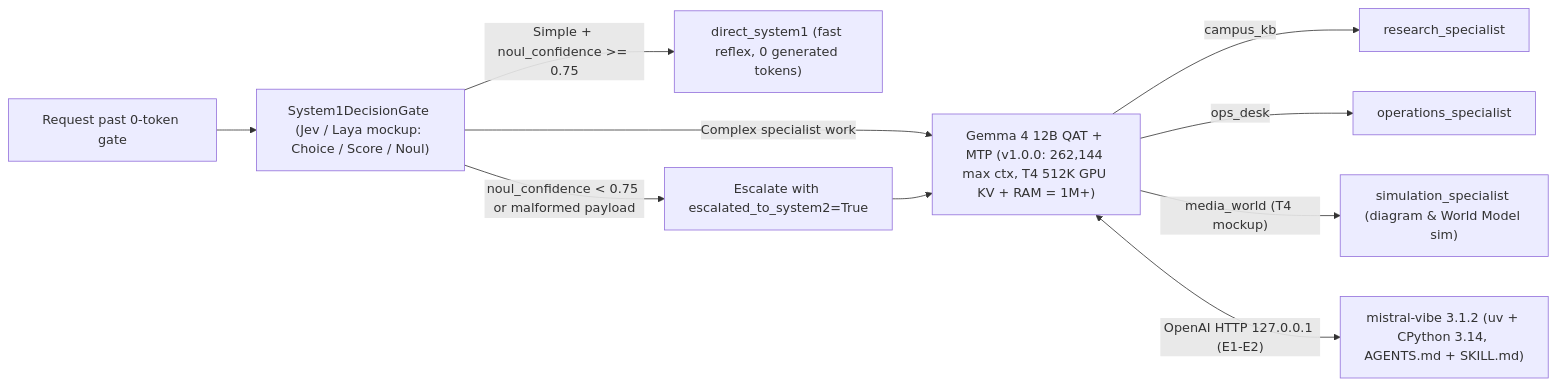
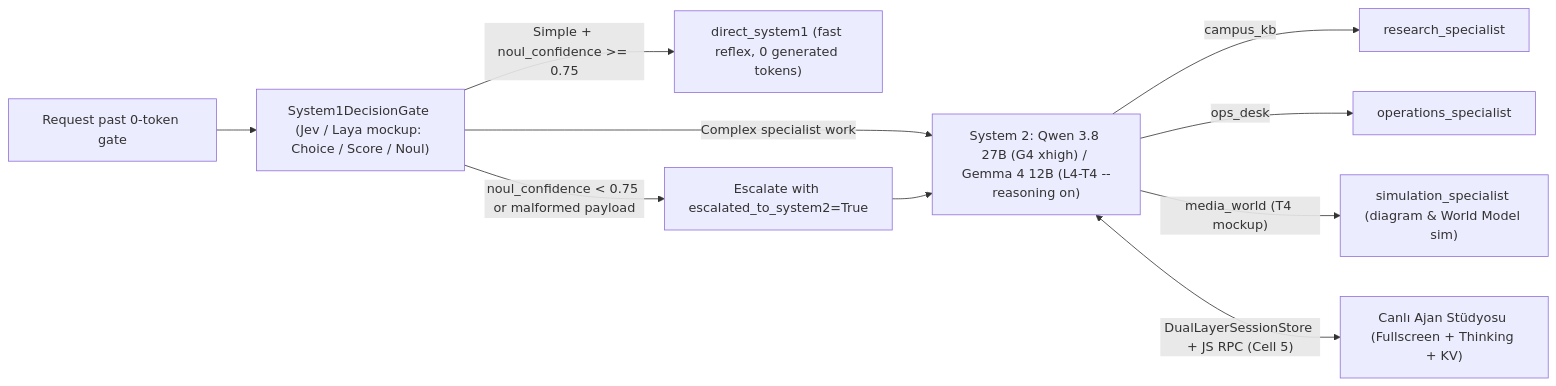
One commit to onlyxItachi/AgentLab changed the fourth of 4 diagrams in sessions/03-modern-agent-stack/lesson-notes.md. Above: the diagram before and after it, drawn with Mermaid. The commit also changed other lines of this file and 29 other files, not shown here.

````diff
--- a/sessions/03-modern-agent-stack/lesson-notes.md
+++ b/sessions/03-modern-agent-stack/lesson-notes.md
@@ -137,12 +140,12 @@
 ```mermaid
 flowchart LR
     In["Request past 0-token gate"] --> S1["System1DecisionGate (Jev / Laya mockup: Choice / Score / Noul)"]
     S1 -->|"Simple + noul_confidence >= 0.75"| Direct["direct_system1 (fast reflex, 0 generated tokens)"]
-    S1 -->|"Complex specialist work"| Spec["Gemma 4 12B QAT + MTP (v1.0.0: 262,144 max ctx, T4 512K GPU KV + RAM = 1M+)"]
+    S1 -->|"Complex specialist work"| Spec["System 2: Qwen 3.8 27B (G4 xhigh) / Gemma 4 12B (L4-T4 --reasoning on)"]
     S1 -->|"noul_confidence < 0.75 or malformed payload"| Esc["Escalate with escalated_to_system2=True"]
     Esc --> Spec
     Spec -->|"campus_kb"| Res["research_specialist"]
     Spec -->|"ops_desk"| Ops["operations_specialist"]
     Spec -->|"media_world (T4 mockup)"| Sim["simulation_specialist (diagram & World Model sim)"]
-    Spec <-->|"OpenAI HTTP 127.0.0.1 (E1-E2)"| CLI["mistral-vibe 3.1.2 (uv + CPython 3.14, AGENTS.md + SKILL.md)"]
+    Spec <-->|"DualLayerSessionStore + JS RPC (Cell 5)"| UI["Canlı Ajan Stüdyosu (Fullscreen + Thinking + KV)"]
 ```
````
